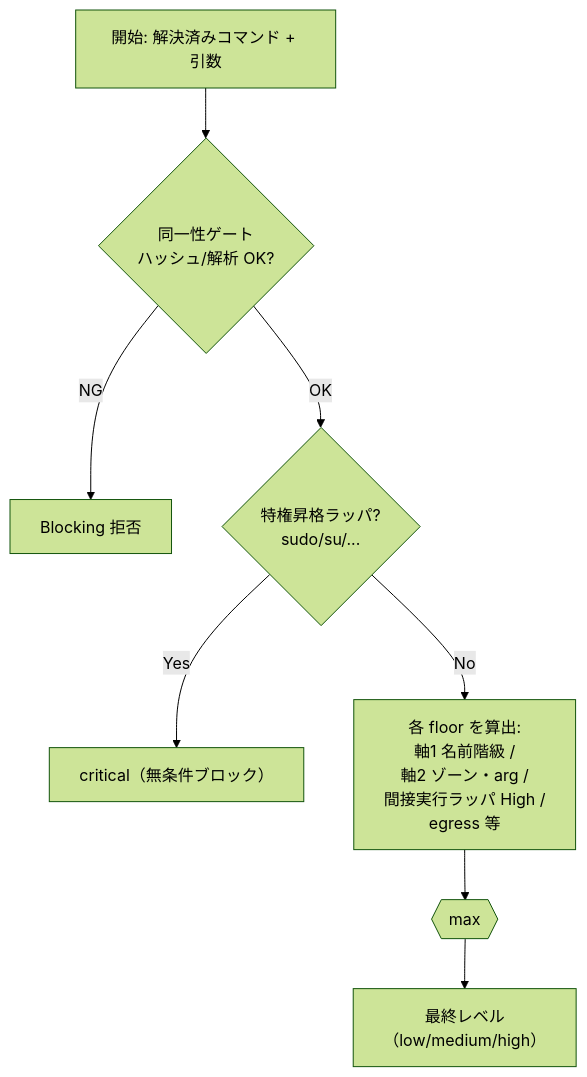
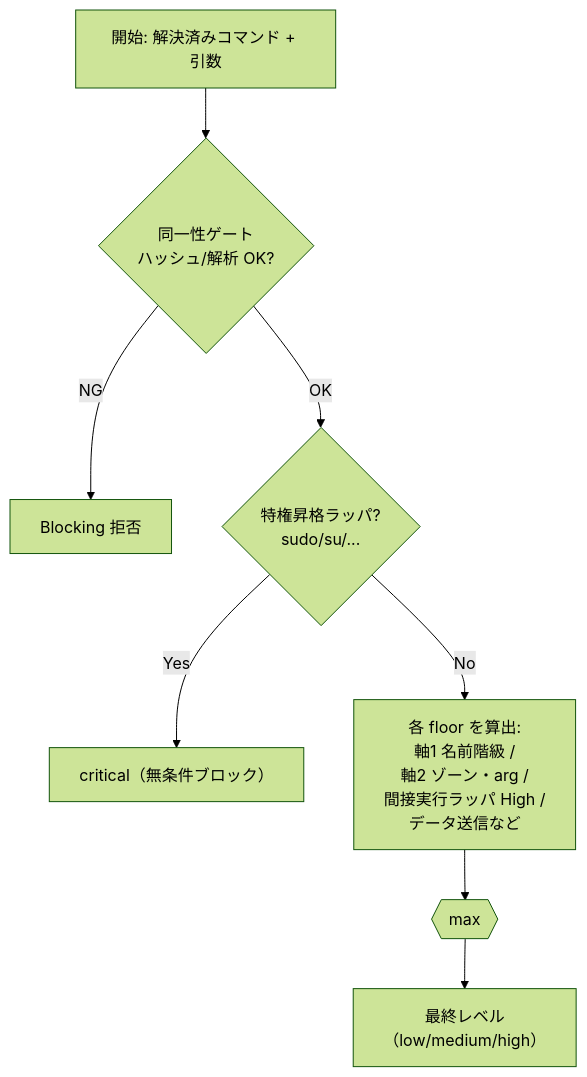
Before and after one commit to isseis/go-safe-cmd-runner: the second of 2 diagrams in docs/dev/architecture_design/risk-level-classification-guide.ja.md, drawn with Mermaid (forest theme). The commit also changed other lines of this file and 3 other files, not shown here.

````diff
--- a/docs/dev/architecture_design/risk-level-classification-guide.ja.md
+++ b/docs/dev/architecture_design/risk-level-classification-guide.ja.md
@@ -204,16 +204,16 @@
 ```mermaid
 flowchart TD
     S["開始: 解決済みコマンド + 引数"]
     G{"同一性ゲート<br>ハッシュ/解析 OK?"}
     BLK["Blocking 拒否"]
     P{"特権昇格ラッパ?<br>sudo/su/..."}
     CRIT["critical（無条件ブロック）"]
-    D["各 floor を算出:<br>軸1 名前階級 /<br>軸2 ゾーン・arg /<br>間接実行ラッパ High /<br>egress 等"]
+    D["各 floor を算出:<br>軸1 名前階級 /<br>軸2 ゾーン・arg /<br>間接実行ラッパ High /<br>データ送信など"]
     M{{"max"}}
     OUT["最終レベル<br>（low/medium/high）"]
     S --> G
     G -- "NG" --> BLK
     G -- "OK" --> P
     P -- "Yes" --> CRIT
     P -- "No" --> D --> M --> OUT
 ```
````
